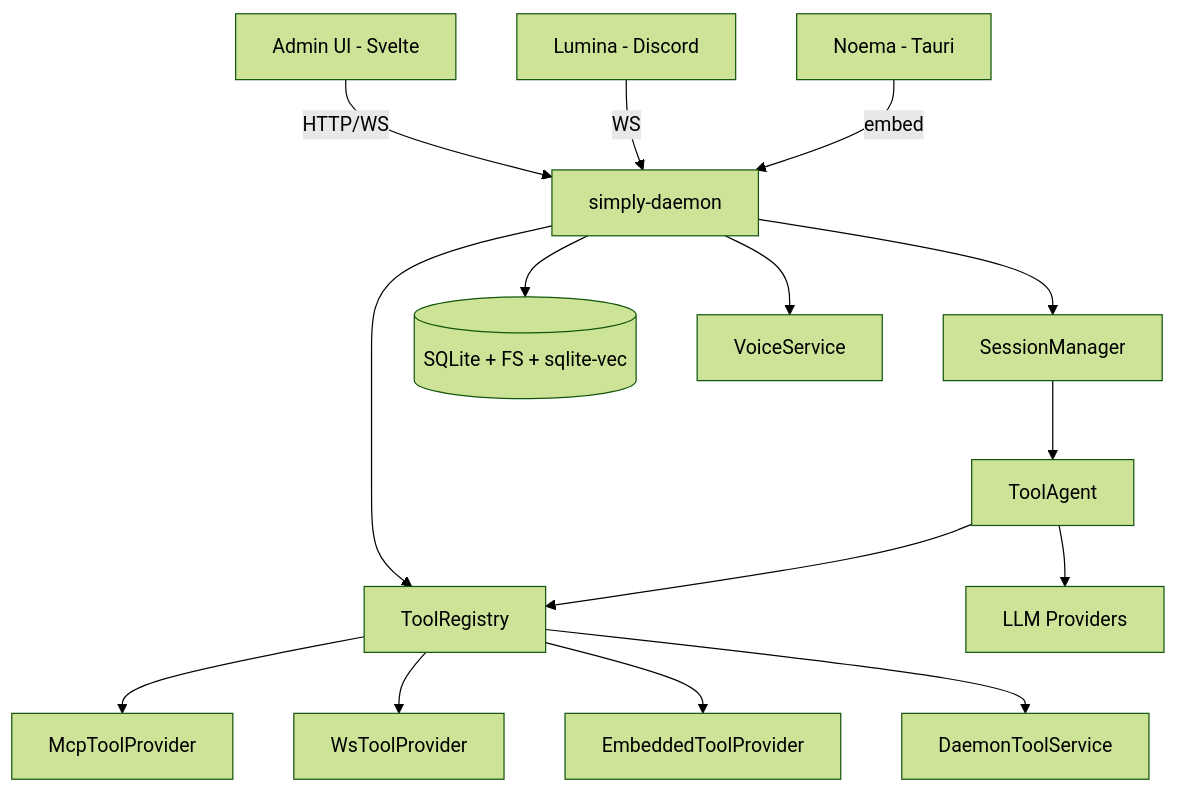
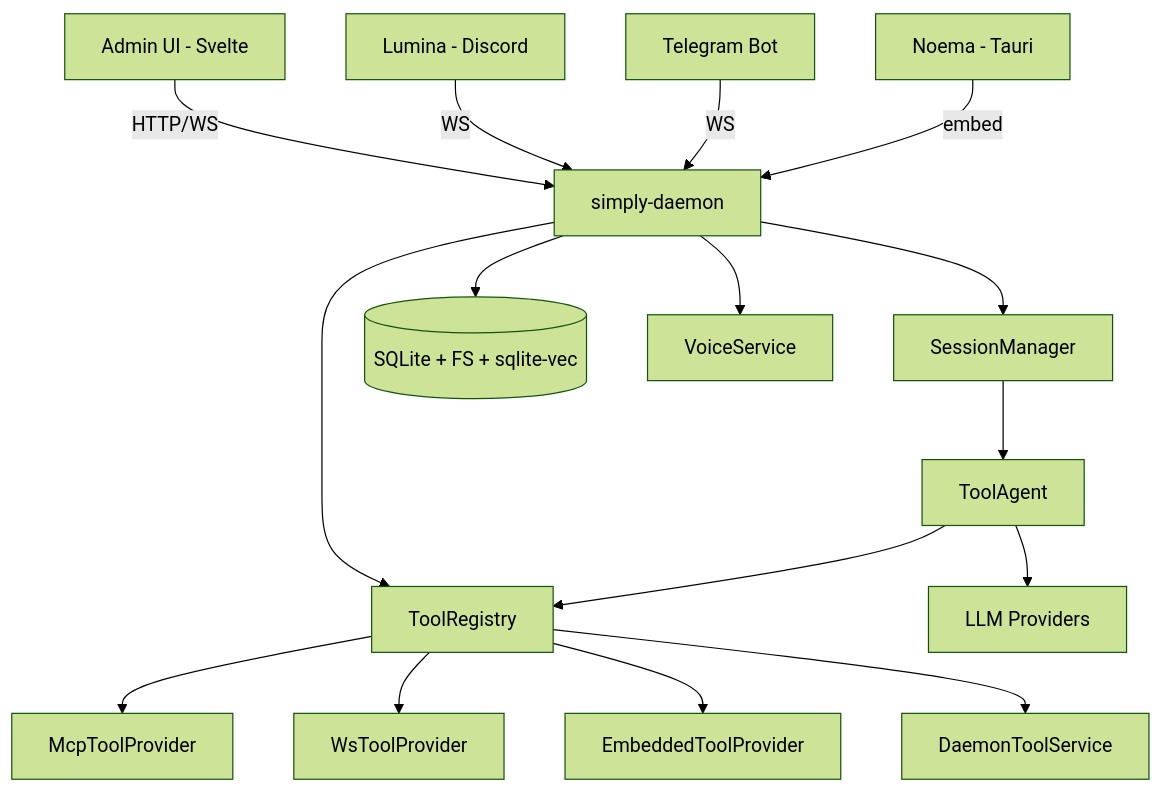
Before and after one commit to poucet/noema: the first of 2 diagrams in docs/PROJECT.md, drawn with Mermaid (forest theme). The commit also changed other lines of this file and 12 other files, not shown here.

````diff
--- a/docs/PROJECT.md
+++ b/docs/PROJECT.md
@@ -59,17 +60,18 @@
 ```mermaid
 graph TD
     AdminUI[Admin UI - Svelte] -->|HTTP/WS| Daemon[simply-daemon]
     Lumina[Lumina - Discord] -->|WS| Daemon
+    Telegram[Telegram Bot] -->|WS| Daemon
     Noema[Noema - Tauri] -->|embed| Daemon
     Daemon --> ToolRegistry
     ToolRegistry --> McpProvider[McpToolProvider]
     ToolRegistry --> WsProvider[WsToolProvider]
     ToolRegistry --> EmbedProvider[EmbeddedToolProvider]
     ToolRegistry --> DaemonTools[DaemonToolService]
     Daemon --> SessionMgr[SessionManager]
     SessionMgr --> ToolAgent
     ToolAgent --> LLM[LLM Providers]
     ToolAgent --> ToolRegistry
     Daemon --> Storage[(SQLite + FS + sqlite-vec)]
     Daemon --> Voice[VoiceService]
 ```
````
